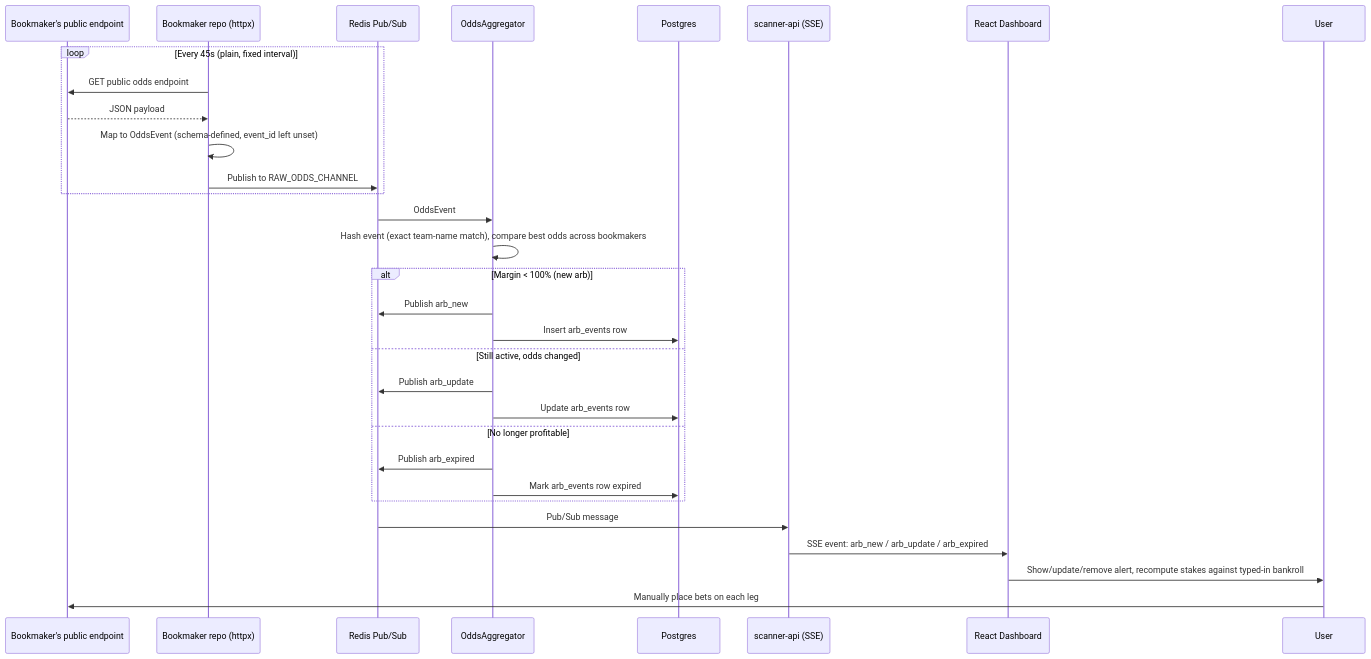
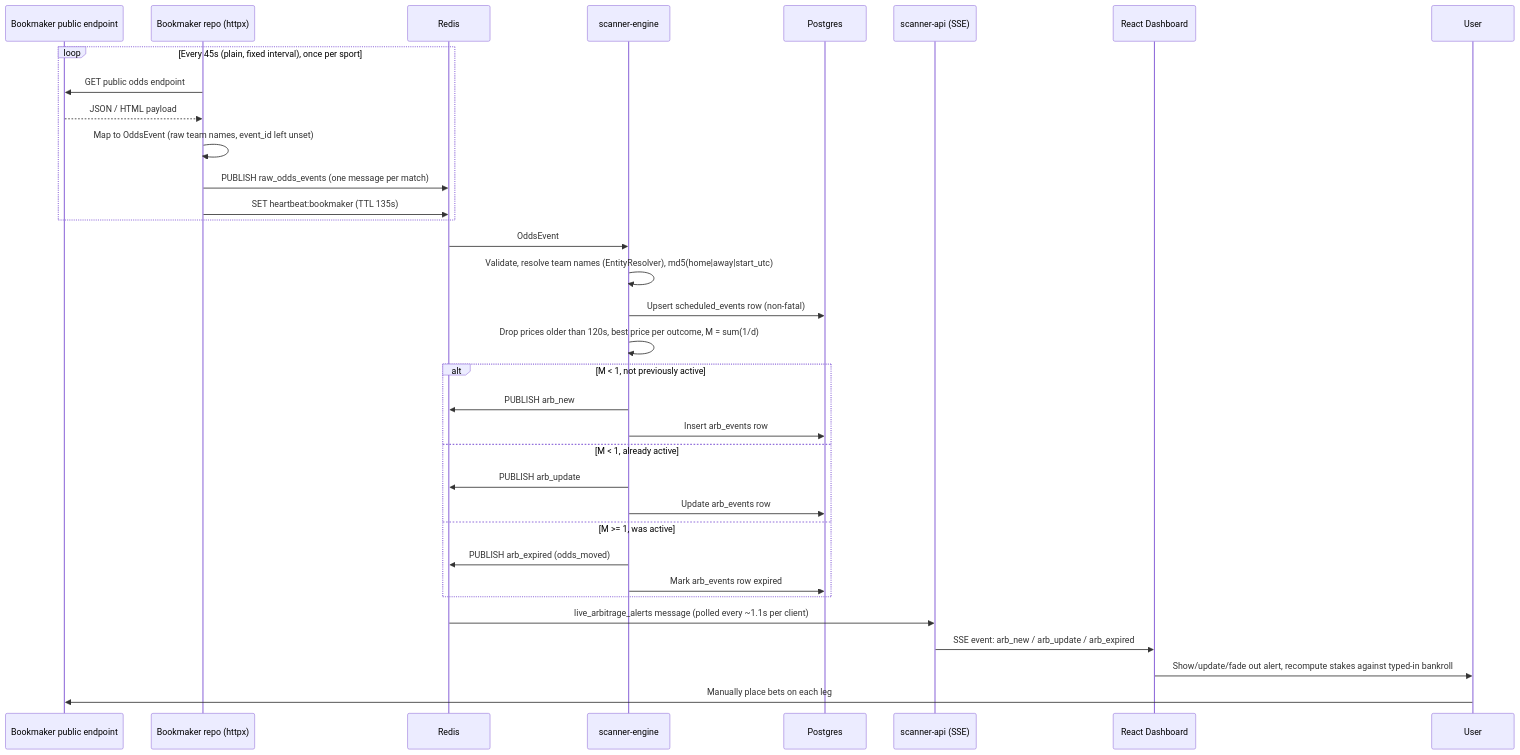
One commit to MadunaCapital/scanner-schemas changed the second of 6 diagrams in docs/architecture-diagrams.md. Above: the diagram before and after it, drawn with Mermaid. The commit also changed other lines of this file and 2 other files, not shown here.

First line of the commit message:
Bring as-built doc and architecture diagrams up to date

````diff
--- a/docs/architecture-diagrams.md
+++ b/docs/architecture-diagrams.md
@@ -53,34 +64,37 @@
 ```mermaid
 sequenceDiagram
-    participant BM as Bookmaker's public endpoint
+    participant BM as Bookmaker public endpoint
     participant SC as Bookmaker repo (httpx)
-    participant REDIS as Redis Pub/Sub
-    participant AGG as OddsAggregator
+    participant REDIS as Redis
+    participant ENG as scanner-engine
     participant PG as Postgres
     participant API as scanner-api (SSE)
     participant UI as React Dashboard
     participant U as User
 
-    loop Every 45s (plain, fixed interval)
+    loop Every 45s (plain, fixed interval), once per sport
         SC->>BM: GET public odds endpoint
-        BM-->>SC: JSON payload
-        SC->>SC: Map to OddsEvent (schema-defined, event_id left unset)
-        SC->>REDIS: Publish to RAW_ODDS_CHANNEL
+        BM-->>SC: JSON / HTML payload
+        SC->>SC: Map to OddsEvent (raw team names, event_id left unset)
+        SC->>REDIS: PUBLISH raw_odds_events (one message per match)
+        SC->>REDIS: SET heartbeat:bookmaker (TTL 135s)
     end
-    REDIS->>AGG: OddsEvent
-    AGG->>AGG: Hash event (exact team-name match), compare best odds across bookmakers
-    alt Margin < 100% (new arb)
-        AGG->>REDIS: Publish arb_new
-        AGG->>PG: Insert arb_events row
-    else Still active, odds changed
-        AGG->>REDIS: Publish arb_update
-        AGG->>PG: Update arb_events row
-    else No longer profitable
-        AGG->>REDIS: Publish arb_expired
-        AGG->>PG: Mark arb_events row expired
+    REDIS->>ENG: OddsEvent
+    ENG->>ENG: Validate, resolve team names (EntityResolver), md5(home|away|start_utc)
+    ENG->>PG: Upsert scheduled_events row (non-fatal)
+    ENG->>ENG: Drop prices older than 120s, best price per outcome, M = sum(1/d)
+    alt M < 1, not previously active
+        ENG->>REDIS: PUBLISH arb_new
+        ENG->>PG: Insert arb_events row
+    else M < 1, already active
+        ENG->>REDIS: PUBLISH arb_update
+        ENG->>PG: Update arb_events row
+    else M >= 1, was active
+        ENG->>REDIS: PUBLISH arb_expired (odds_moved)
+        ENG->>PG: Mark arb_events row expired
     end
-    REDIS->>API: Pub/Sub message
+    REDIS->>API: live_arbitrage_alerts message (polled every ~1.1s per client)
     API->>UI: SSE event: arb_new / arb_update / arb_expired
-    UI->>U: Show/update/remove alert, recompute stakes against typed-in bankroll
+    UI->>U: Show/update/fade out alert, recompute stakes against typed-in bankroll
     U->>BM: Manually place bets on each leg
 ```
````
